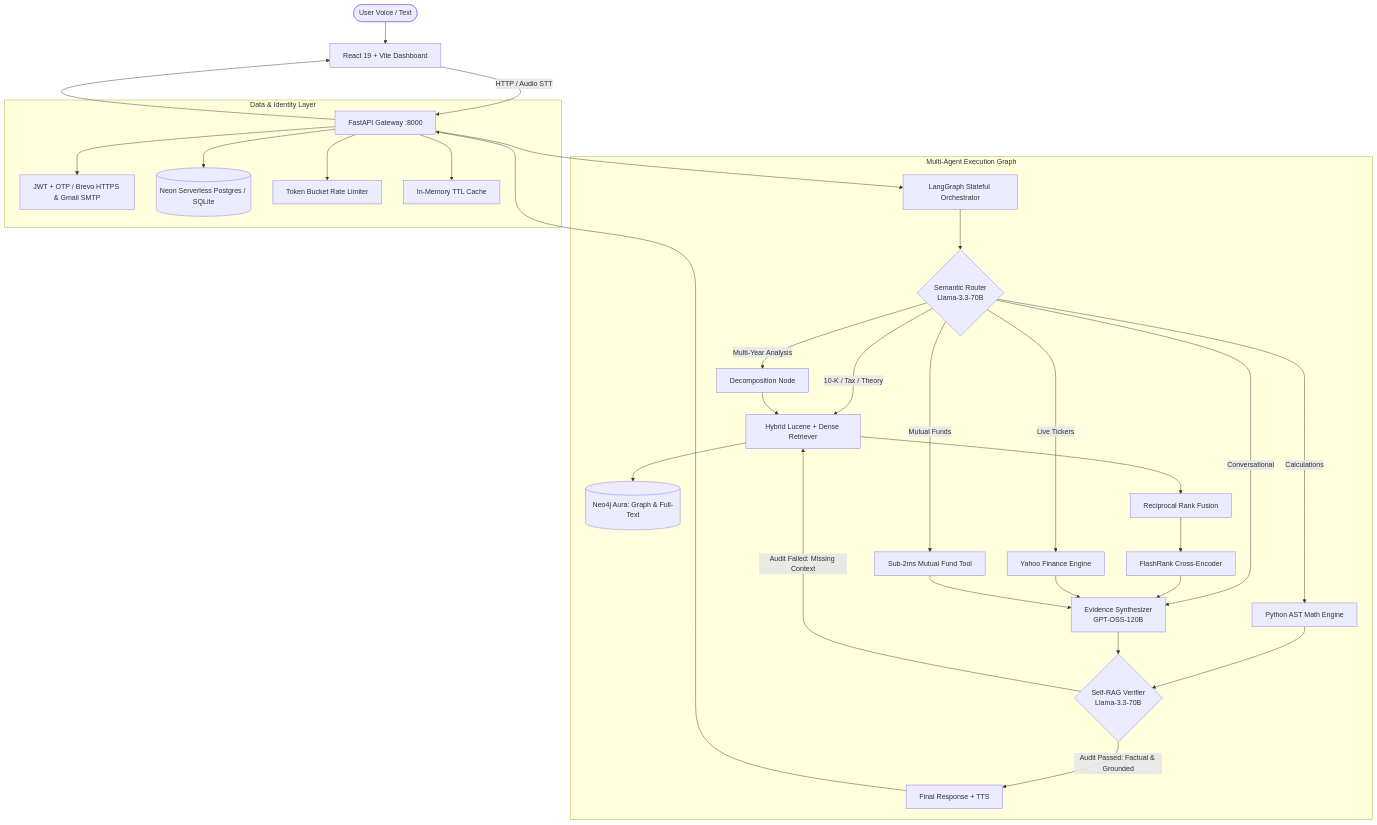
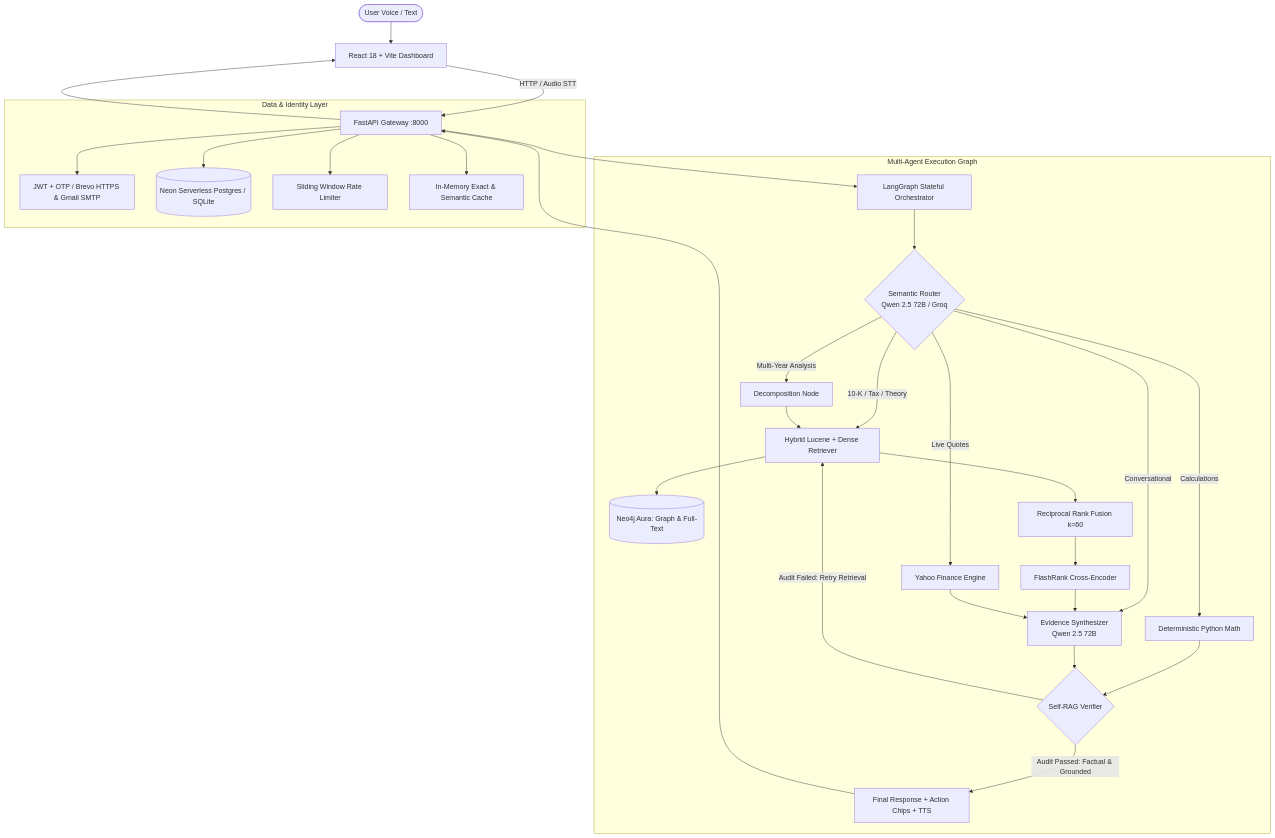
One commit to AshokSingodia-Codes/FinAdvisor-Voice changed the first of 2 diagrams in README.md. Above: the diagram before and after it, drawn with Mermaid. The commit also changed other lines of this file and 70 other files, not shown here.

Commit message:
feat: complete Graph-RAG optimization, Groq tier resilience, and multi-tenant security

````diff
--- a/README.md
+++ b/README.md
@@ -71,41 +73,39 @@
 ```mermaid
-graph TD;
-    User([User Voice / Text]) --> UI[React 19 + Vite Dashboard];
+flowchart TD
+    User([User Voice / Text]) --> UI[React 18 + Vite Dashboard];
     UI -->|HTTP / Audio STT| API[FastAPI Gateway :8000];
     
     subgraph Security_And_Storage [Data & Identity Layer]
         API --> Auth[JWT + OTP / Brevo HTTPS & Gmail SMTP];
         API --> RelationalDB[(Neon Serverless Postgres / SQLite)];
-        API --> RateLimit[Token Bucket Rate Limiter];
-        API --> Cache[In-Memory TTL Cache];
+        API --> RateLimit[Sliding Window Rate Limiter];
+        API --> Cache[In-Memory Exact & Semantic Cache];
     end
 
     API --> LangGraph[LangGraph Stateful Orchestrator];
 
     subgraph Agentic_Pipeline [Multi-Agent Execution Graph]
-        LangGraph --> Router{Semantic Router<br/>Llama-3.3-70B};
+        LangGraph --> Router{Semantic Router<br/>Qwen 2.5 72B / Groq};
         
         Router -->|Multi-Year Analysis| Decompose[Decomposition Node];
         Router -->|10-K / Tax / Theory| Retriever[Hybrid Lucene + Dense Retriever];
-        Router -->|Live Tickers| MarketData[Yahoo Finance Engine];
-        Router -->|Calculations| MathCalc[Python AST Math Engine];
-        Router -->|Mutual Funds| MFLookup[Sub-2ms Mutual Fund Tool];
-        Router -->|Conversational| Evidence[Evidence Synthesizer<br/>GPT-OSS-120B];
+        Router -->|Live Quotes| MarketData[Yahoo Finance Engine];
+        Router -->|Calculations| MathCalc[Deterministic Python Math];
+        Router -->|Conversational| Evidence[Evidence Synthesizer<br/>Qwen 2.5 72B];
 
         Decompose --> Retriever;
         Retriever --> Neo4j[(Neo4j Aura: Graph & Full-Text)];
-        Retriever --> RRF[Reciprocal Rank Fusion];
+        Retriever --> RRF[Reciprocal Rank Fusion k=60];
         RRF --> FlashRank[FlashRank Cross-Encoder];
         FlashRank --> Evidence;
         MarketData --> Evidence;
         MathCalc --> Verifier;
-        MFLookup --> Evidence;
 
-        Evidence --> Verifier{Self-RAG Verifier<br/>Llama-3.3-70B};
-        Verifier -->|Audit Failed: Missing Context| Retriever;
-        Verifier -->|Audit Passed: Factual & Grounded| FinalAnswer[Final Response + TTS];
+        Evidence --> Verifier{Self-RAG Verifier};
+        Verifier -->|Audit Failed: Retry Retrieval| Retriever;
+        Verifier -->|Audit Passed: Factual & Grounded| FinalAnswer[Final Response + Action Chips + TTS];
     end
 
     FinalAnswer --> API;
     API --> UI;
 ```
````
